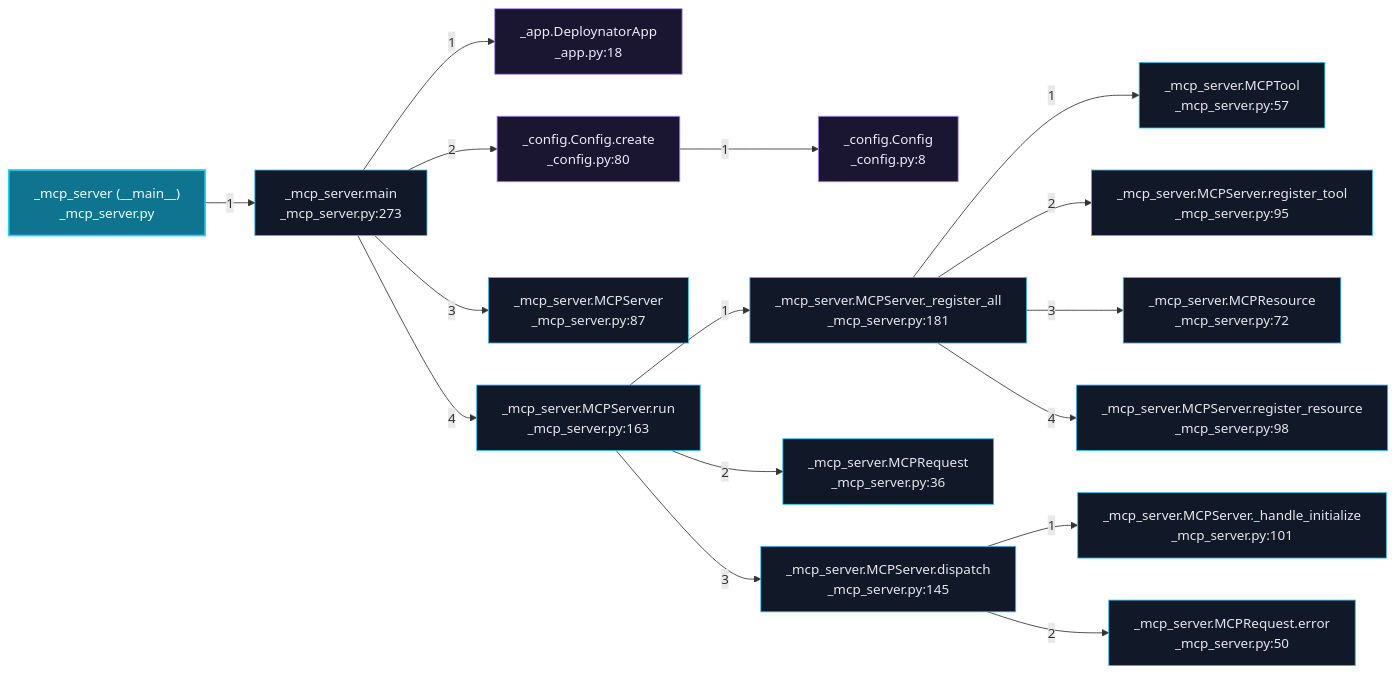
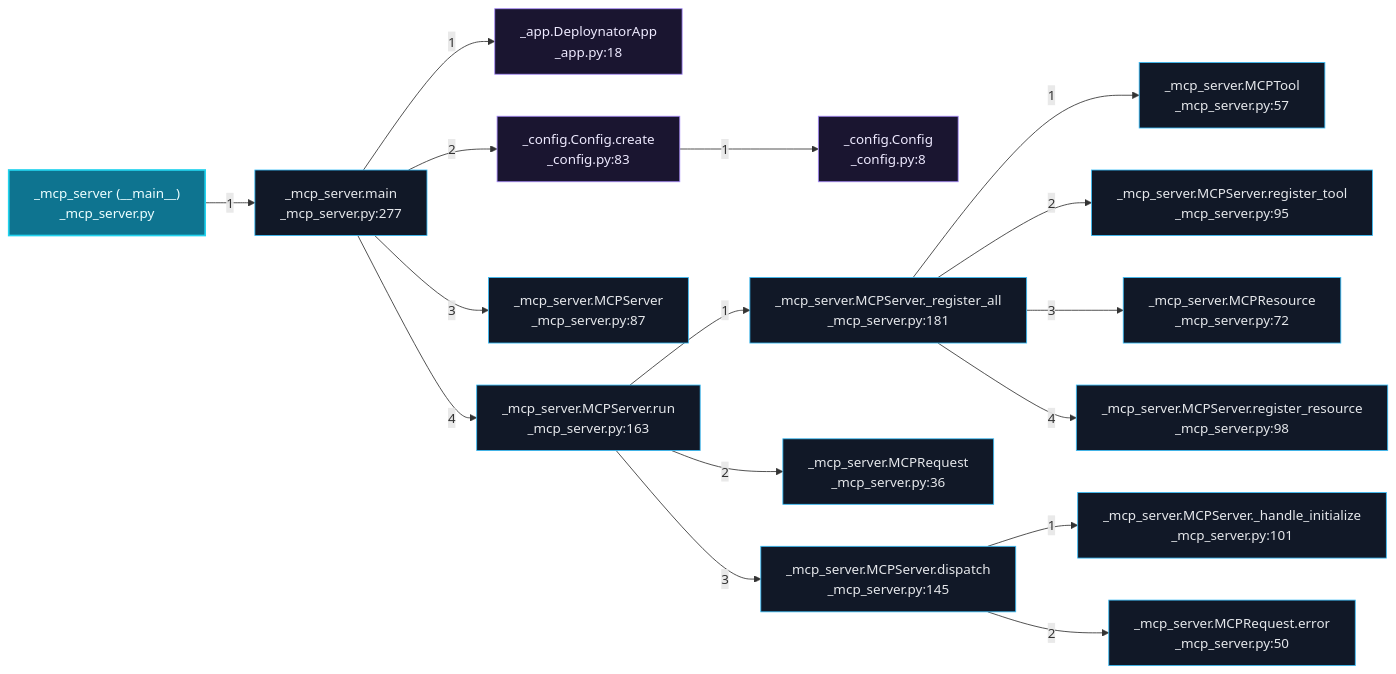
The eighth of 9 diagrams in readmenator-apidocs/architecture.md (grisuno/deploynator), drawn with Mermaid before and after one commit. The commit also changed other lines of this file and 137 other files, not shown here.

````diff
--- a/readmenator-apidocs/architecture.md
+++ b/readmenator-apidocs/architecture.md
@@ -435,37 +437,37 @@
 ```mermaid
 flowchart LR
     classDef default fill:#111827,stroke:#38bdf8,color:#e5e7eb;
     classDef entry fill:#0e7490,stroke:#22d3ee,color:#ecfeff,stroke-width:2px;
     classDef external fill:#1a1530,stroke:#a78bfa,color:#ede9fe;
     n_deploynator__mcp_server_py___main_["_mcp_server (__main__)<br/>_mcp_server.py"]:::entry
-    n_deploynator__mcp_server_py__main["_mcp_server.main<br/>_mcp_server.py:273"]:::default
+    n_deploynator__mcp_server_py__main["_mcp_server.main<br/>_mcp_server.py:277"]:::default
     n_deploynator__app_py__DeploynatorApp["_app.DeploynatorApp<br/>_app.py:18"]:::external
-    n_deploynator__config_py__create["_config.Config.create<br/>_config.py:80"]:::external
+    n_deploynator__config_py__create["_config.Config.create<br/>_config.py:83"]:::external
     n_deploynator__config_py__Config["_config.Config<br/>_config.py:8"]:::external
     n_deploynator__mcp_server_py__MCPServer["_mcp_server.MCPServer<br/>_mcp_server.py:87"]:::default
     n_deploynator__mcp_server_py__run["_mcp_server.MCPServer.run<br/>_mcp_server.py:163"]:::default
     n_deploynator__mcp_server_py___register_all["_mcp_server.MCPServer._register_all<br/>_mcp_server.py:181"]:::default
     n_deploynator__mcp_server_py__MCPTool["_mcp_server.MCPTool<br/>_mcp_server.py:57"]:::default
     n_deploynator__mcp_server_py__register_tool["_mcp_server.MCPServer.register_tool<br/>_mcp_server.py:95"]:::default
     n_deploynator__mcp_server_py__MCPResource["_mcp_server.MCPResource<br/>_mcp_server.py:72"]:::default
     n_deploynator__mcp_server_py__register_resource["_mcp_server.MCPServer.register_resource<br/>_mcp_server.py:98"]:::default
     n_deploynator__mcp_server_py__MCPRequest["_mcp_server.MCPRequest<br/>_mcp_server.py:36"]:::default
     n_deploynator__mcp_server_py__dispatch["_mcp_server.MCPServer.dispatch<br/>_mcp_server.py:145"]:::default
     n_deploynator__mcp_server_py___handle_initialize["_mcp_server.MCPServer._handle_initialize<br/>_mcp_server.py:101"]:::default
     n_deploynator__mcp_server_py__error["_mcp_server.MCPRequest.error<br/>_mcp_server.py:50"]:::default
     n_deploynator__mcp_server_py___main_ -->|"1"| n_deploynator__mcp_server_py__main
     n_deploynator__mcp_server_py__main -->|"1"| n_deploynator__app_py__DeploynatorApp
     n_deploynator__mcp_server_py__main -->|"2"| n_deploynator__config_py__create
     n_deploynator__config_py__create -->|"1"| n_deploynator__config_py__Config
     n_deploynator__mcp_server_py__main -->|"3"| n_deploynator__mcp_server_py__MCPServer
     n_deploynator__mcp_server_py__main -->|"4"| n_deploynator__mcp_server_py__run
     n_deploynator__mcp_server_py__run -->|"1"| n_deploynator__mcp_server_py___register_all
     n_deploynator__mcp_server_py___register_all -->|"1"| n_deploynator__mcp_server_py__MCPTool
     n_deploynator__mcp_server_py___register_all -->|"2"| n_deploynator__mcp_server_py__register_tool
     n_deploynator__mcp_server_py___register_all -->|"3"| n_deploynator__mcp_server_py__MCPResource
     n_deploynator__mcp_server_py___register_all -->|"4"| n_deploynator__mcp_server_py__register_resource
     n_deploynator__mcp_server_py__run -->|"2"| n_deploynator__mcp_server_py__MCPRequest
     n_deploynator__mcp_server_py__run -->|"3"| n_deploynator__mcp_server_py__dispatch
     n_deploynator__mcp_server_py__dispatch -->|"1"| n_deploynator__mcp_server_py___handle_initialize
     n_deploynator__mcp_server_py__dispatch -->|"2"| n_deploynator__mcp_server_py__error
 ```
````
